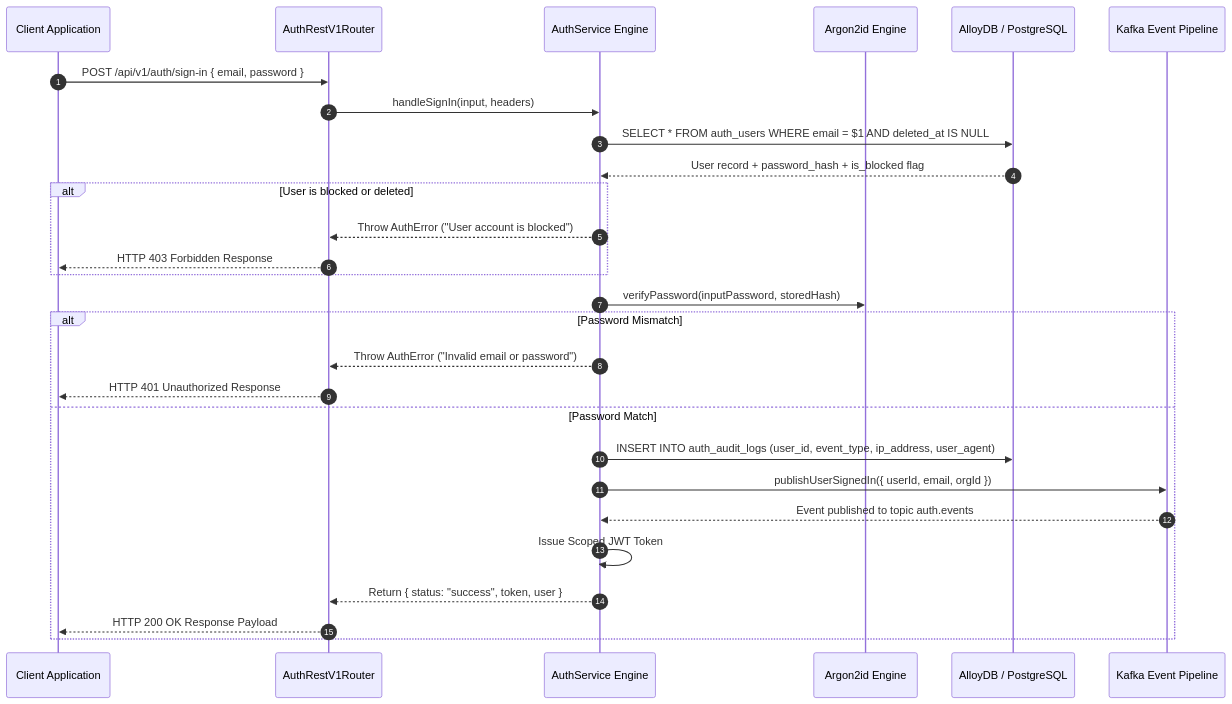
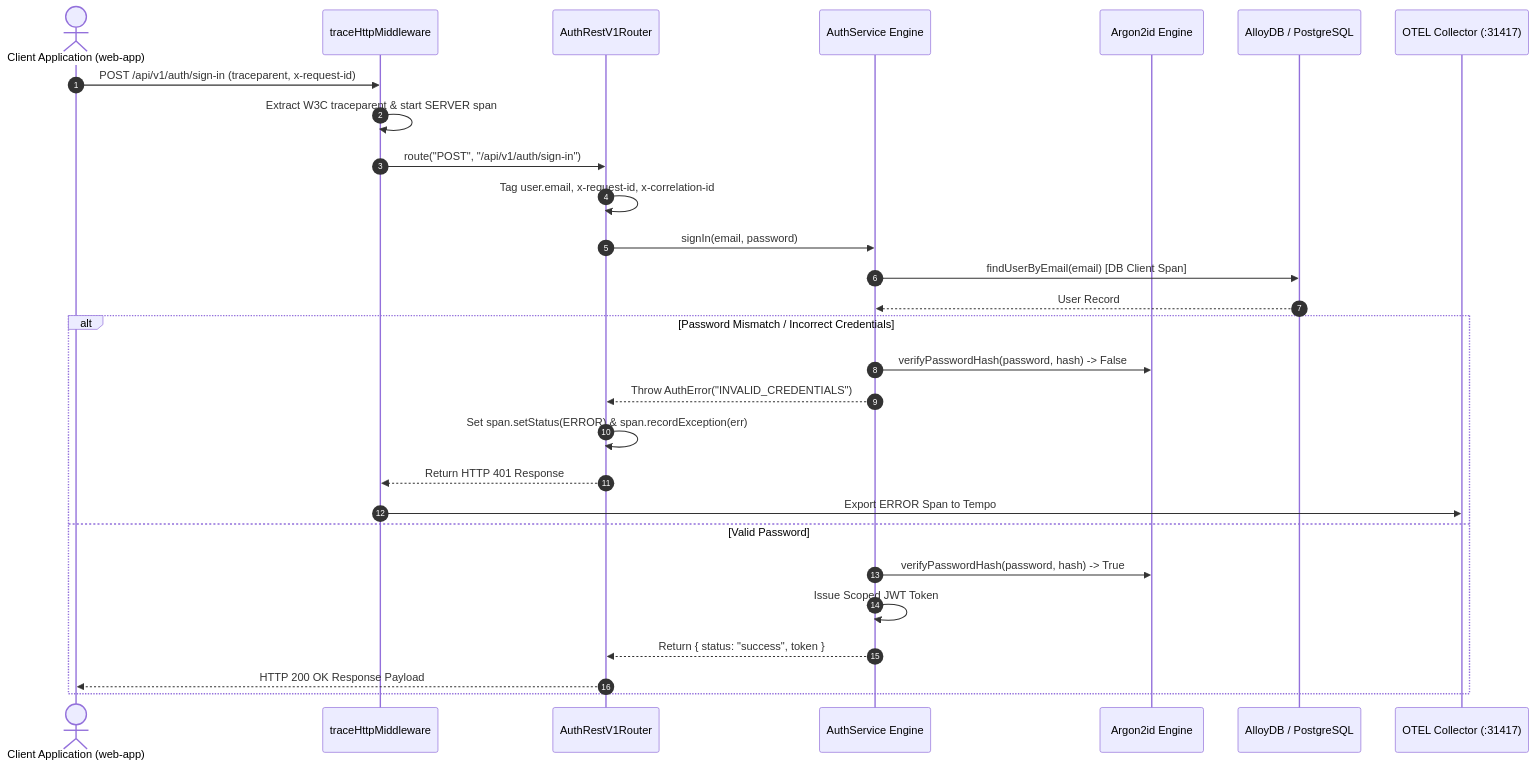
One commit to Chief-Strategist-J/llm-observability-platform changed the third of 3 diagrams in packages/node/auth/adr/0002-authentication-user-registration-and-signin-flow.md. Above: the diagram before and after it, drawn with Mermaid. The commit also changed other lines of this file and 1 other file, not shown here.

Commit message:
docs(adr): update ADR 0001 and ADR 0002 with tracing, W3C context extraction, and failure span recording

````diff
--- a/packages/node/auth/adr/0002-authentication-user-registration-and-signin-flow.md
+++ b/packages/node/auth/adr/0002-authentication-user-registration-and-signin-flow.md
@@ -96,34 +111,32 @@
 ```mermaid
 sequenceDiagram
     autonumber
-    participant Client as Client Application
+    actor Client as Client Application (web-app)
+    participant MW as traceHttpMiddleware
     participant Router as AuthRestV1Router
     participant Service as AuthService Engine
     participant Argon as Argon2id Engine
     participant DB as AlloyDB / PostgreSQL
-    participant Kafka as Kafka Event Pipeline
+    participant Collector as OTEL Collector (:31417)
 
-    Client->>Router: POST /api/v1/auth/sign-in { email, password }
-    Router->>Service: handleSignIn(input, headers)
-    Service->>DB: SELECT * FROM auth_users WHERE email = $1 AND deleted_at IS NULL
-    DB-->>Service: User record + password_hash + is_blocked flag
+    Client->>MW: POST /api/v1/auth/sign-in (traceparent, x-request-id)
+    MW->>MW: Extract W3C traceparent & start SERVER span
+    MW->>Router: route("POST", "/api/v1/auth/sign-in")
+    Router->>Router: Tag user.email, x-request-id, x-correlation-id
+    Router->>Service: signIn(email, password)
+    Service->>DB: findUserByEmail(email) [DB Client Span]
+    DB-->>Service: User Record
 
-    alt User is blocked or deleted
-        Service-->>Router: Throw AuthError ("User account is blocked")
-        Router-->>Client: HTTP 403 Forbidden Response
-    end
-
-    Service->>Argon: verifyPassword(inputPassword, storedHash)
-    
-    alt Password Mismatch
-        Service-->>Router: Throw AuthError ("Invalid email or password")
-        Router-->>Client: HTTP 401 Unauthorized Response
-    else Password Match
-        Service->>DB: INSERT INTO auth_audit_logs (user_id, event_type, ip_address, user_agent)
-        Service->>Kafka: publishUserSignedIn({ userId, email, orgId })
-        Kafka-->>Service: Event published to topic auth.events
+    alt Password Mismatch / Incorrect Credentials
+        Service->>Argon: verifyPasswordHash(password, hash) -> False
+        Service-->>Router: Throw AuthError("INVALID_CREDENTIALS")
+        Router->>Router: Set span.setStatus(ERROR) & span.recordException(err)
+        Router-->>MW: Return HTTP 401 Response
+        MW->>Collector: Export ERROR Span to Tempo
+    else Valid Password
+        Service->>Argon: verifyPasswordHash(password, hash) -> True
         Service->>Service: Issue Scoped JWT Token
-        Service-->>Router: Return { status: "success", token, user }
+        Service-->>Router: Return { status: "success", token }
         Router-->>Client: HTTP 200 OK Response Payload
     end
 ```
````
